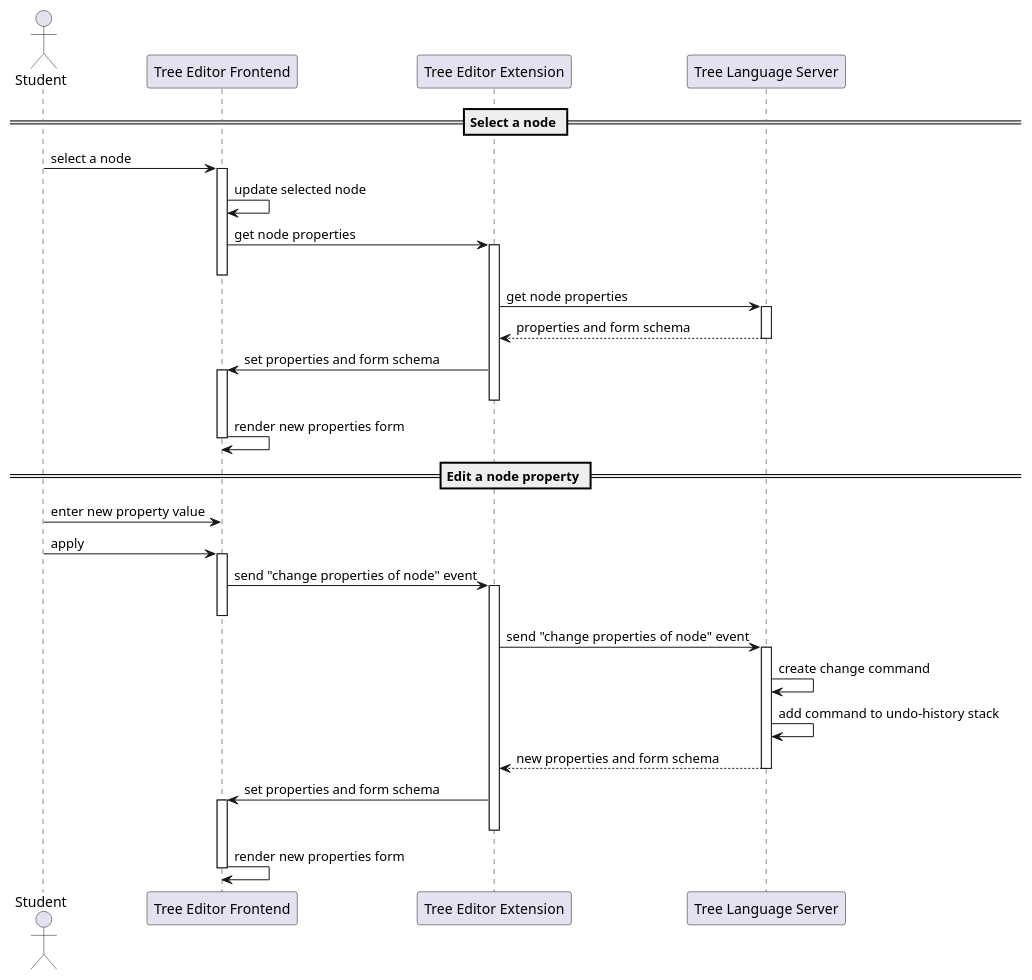
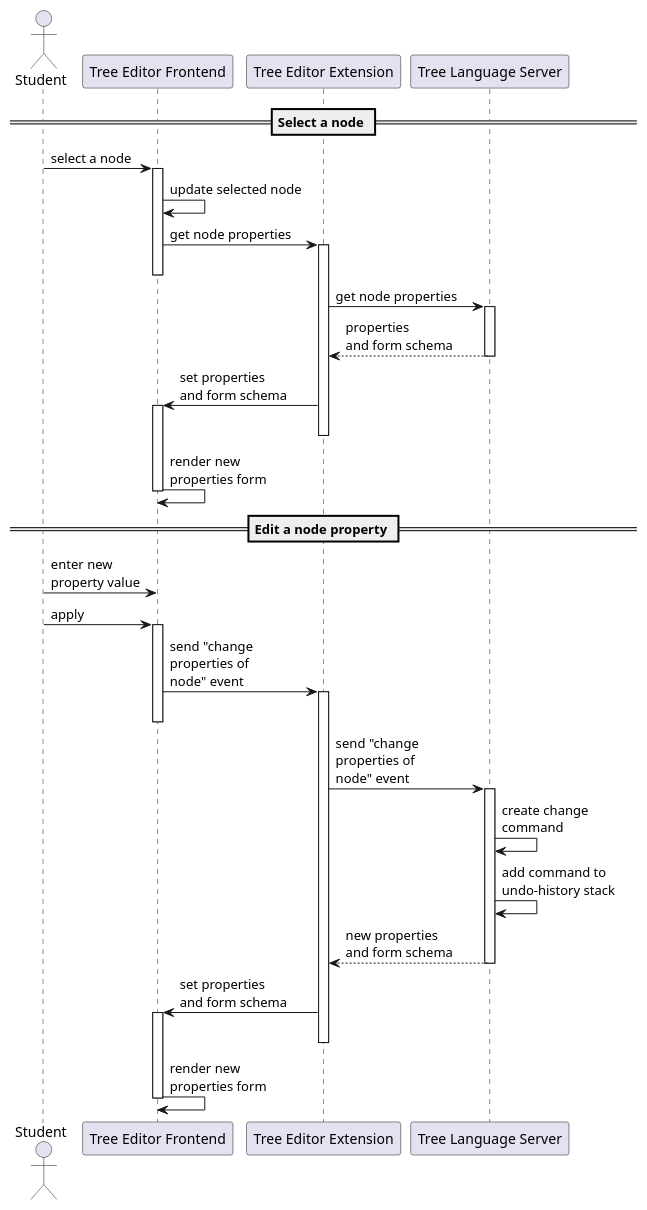
Before and after one commit to krissrex/tdt4900-master-thesis-cloud-modeling-latex: the third of 4 diagrams in figures/protocol.sequence.puml, drawn with PlantUML. The commit also changed other lines of this file and 2 other files, not shown here.

```diff
--- a/figures/protocol.sequence.puml
+++ b/figures/protocol.sequence.puml
@@ -67,36 +67,36 @@
 @startuml Protocol_form_sequence
 
 actor Student
 participant "Tree Editor Frontend" as frontend
 participant "Tree Editor Extension" as ext
 participant "Tree Language Server" as server
 
 == Select a node ==
 
 Student -> frontend ++ : select a node
 frontend -> frontend : update selected node
 frontend -> ext ++ : get node properties
 deactivate frontend
 ext -> server ++ : get node properties
-return properties and form schema
-ext -> frontend ++ : set properties and form schema
+return properties\nand form schema
+ext -> frontend ++ : set properties\nand form schema
 deactivate ext
-frontend -> frontend : render new properties form
+frontend -> frontend : render new\nproperties form
 deactivate frontend
 
 == Edit a node property ==
 
-Student -> frontend : enter new property value
+Student -> frontend : enter new\nproperty value
 Student -> frontend ++ : apply
-frontend -> ext ++ : send "change properties of node" event
+frontend -> ext ++ : send "change\nproperties of\nnode" event
 deactivate frontend
-ext -> server ++ : send "change properties of node" event
-server -> server : create change command
-server -> server : add command to undo-history stack
-return new properties and form schema
-ext -> frontend ++ : set properties and form schema
+ext -> server ++ : send "change\nproperties of\nnode" event
+server -> server : create change\ncommand
+server -> server : add command to\nundo-history stack
+return new properties\nand form schema
+ext -> frontend ++ : set properties\nand form schema
 deactivate ext
-frontend -> frontend : render new properties form
+frontend -> frontend : render new\nproperties form
 deactivate
 
 @enduml
```
